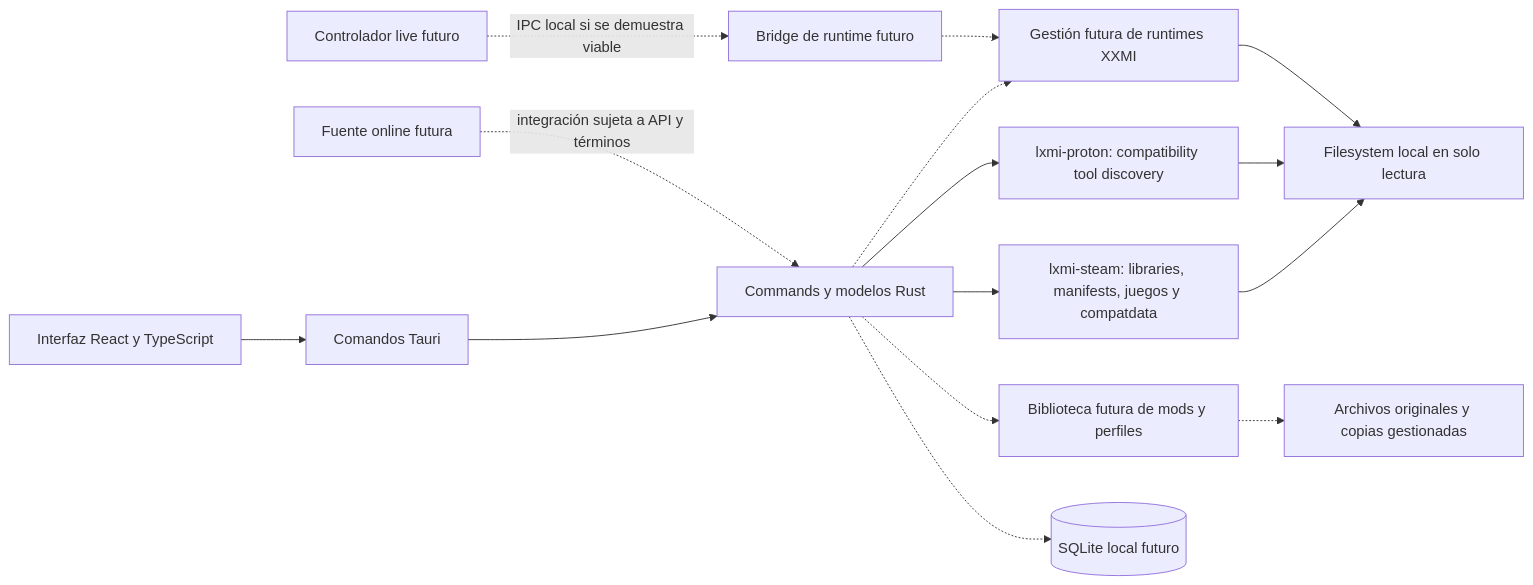
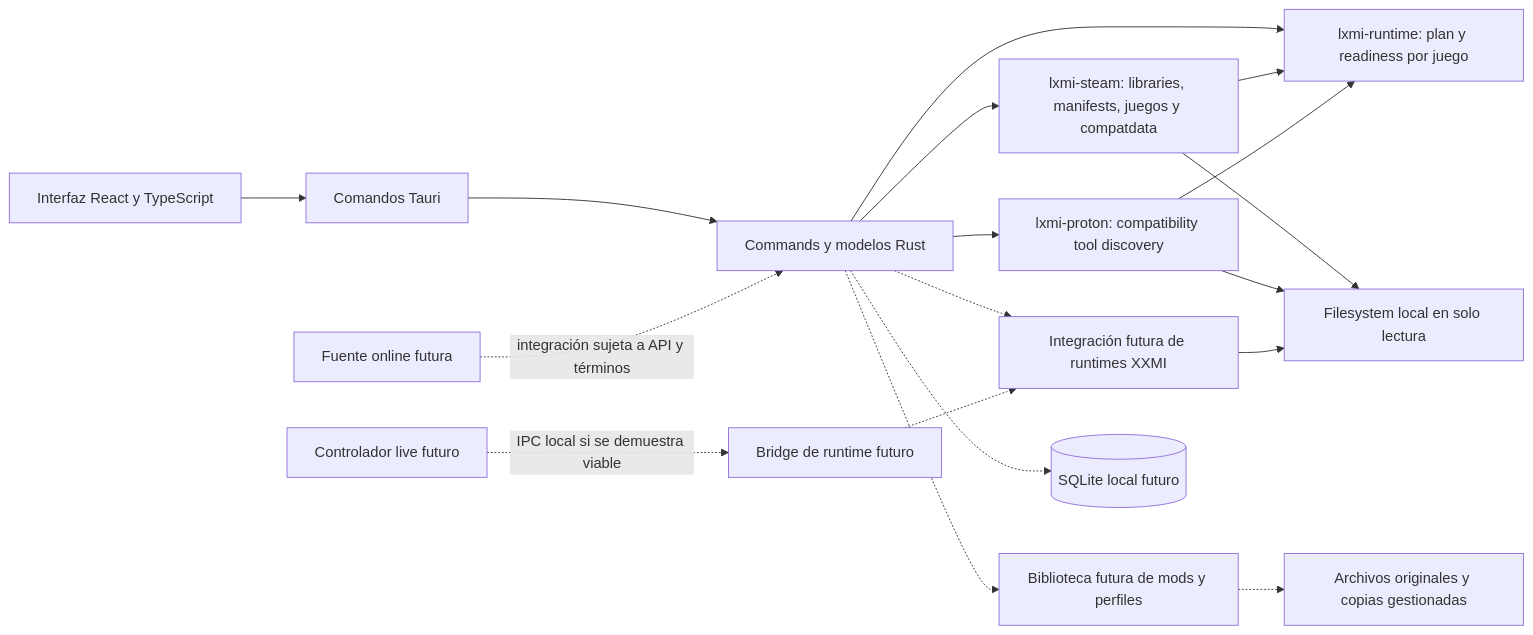
Before and after one commit to VictorMamani/LXMI: the third of 3 diagrams in SDLC/04_Arquitectura_y_seguridad/arquitectura.md, drawn with Mermaid. The commit also changed other lines of this file and 62 other files, not shown here.

````diff
--- a/SDLC/04_Arquitectura_y_seguridad/arquitectura.md
+++ b/SDLC/04_Arquitectura_y_seguridad/arquitectura.md
@@ -5,17 +49,20 @@
 ```mermaid
 flowchart LR
     UI[Interfaz React y TypeScript] --> IPC[Comandos Tauri]
     IPC --> CORE[Commands y modelos Rust]
     CORE --> STEAM[lxmi-steam: libraries, manifests, juegos y compatdata]
     CORE --> PROTON[lxmi-proton: compatibility tool discovery]
-    CORE -.-> RUNTIME[Gestión futura de runtimes XXMI]
+    CORE --> PLANNER[lxmi-runtime: plan y readiness por juego]
+    STEAM --> PLANNER
+    PROTON --> PLANNER
+    STEAM --> HOST[Filesystem local en solo lectura]
+    PROTON --> HOST
+    CORE -.-> RUNTIME[Integración futura de runtimes XXMI]
     CORE -.-> MODS[Biblioteca futura de mods y perfiles]
     CORE -.-> DB[(SQLite local futuro)]
-    STEAM --> HOST[Filesystem local en solo lectura]
-    PROTON --> HOST
     RUNTIME --> HOST
     MODS -.-> LIB[Archivos originales y copias gestionadas]
     LIVE[Controlador live futuro] -. IPC local si se demuestra viable .-> BRIDGE[Bridge de runtime futuro]
     BRIDGE -.-> RUNTIME
     GB[Fuente online futura] -. integración sujeta a API y términos .-> CORE
 ```
````
